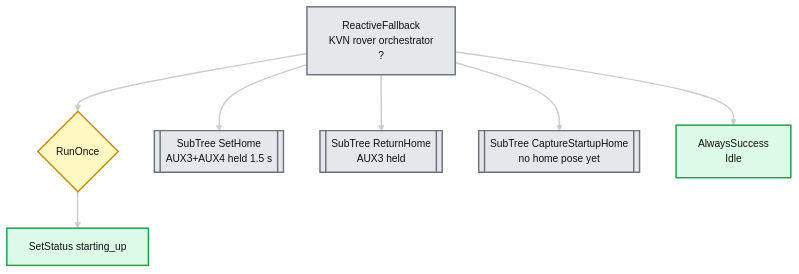
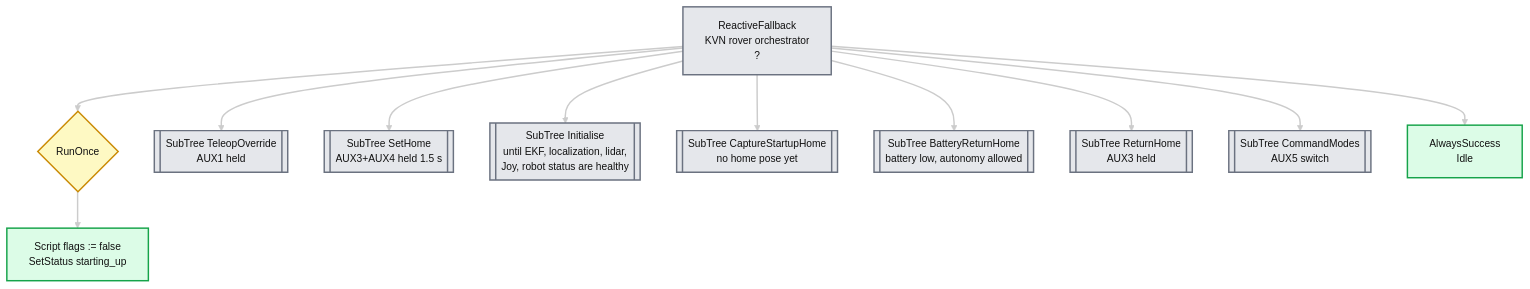
One commit to AlessioMorale/kvn-robot changed the second of 8 diagrams in kvn_orchestrator/README.md. Above: the diagram before and after it, drawn with Mermaid. The commit also changed other lines of this file and 60 other files, not shown here.

First line of the commit message:
feat: add command modes, teleop override, battery return home and shared robot config

````diff
--- a/kvn_orchestrator/README.md
+++ b/kvn_orchestrator/README.md
@@ -80,21 +108,25 @@
 ```mermaid
 ---
 config:
   theme: redux-dark
   look: classic
 ---
 flowchart TD
     root["ReactiveFallback<br/>KVN rover orchestrator<br/>?"]:::ctl
     root --> once{"RunOnce"}:::dec
-    once --> st0["SetStatus starting_up"]:::act
+    once --> st0["Script flags := false<br/>SetStatus starting_up"]:::act
+    root --> ovr[["SubTree TeleopOverride<br/>AUX1 held"]]:::ctl
     root --> sethome[["SubTree SetHome<br/>AUX3+AUX4 held 1.5 s"]]:::ctl
+    root --> init[["SubTree Initialise<br/>until EKF, localization, lidar,<br/>Joy, robot status are healthy"]]:::ctl
+    root --> startup[["SubTree CaptureStartupHome<br/>no home pose yet"]]:::ctl
+    root --> batt[["SubTree BatteryReturnHome<br/>battery low, autonomy allowed"]]:::ctl
     root --> ret[["SubTree ReturnHome<br/>AUX3 held"]]:::ctl
-    root --> startup[["SubTree CaptureStartupHome<br/>no home pose yet"]]:::ctl
+    root --> modes[["SubTree CommandModes<br/>AUX5 switch"]]:::ctl
     root --> idle["AlwaysSuccess<br/>Idle"]:::act
 
     classDef ctl fill:#e5e7eb,stroke:#6b7280,color:#111;
     classDef cond fill:#dbeafe,stroke:#2563eb,color:#111;
     classDef act fill:#dcfce7,stroke:#16a34a,color:#111;
     classDef nav fill:#ffedd5,stroke:#ea580c,color:#111;
     classDef dec fill:#fef9c3,stroke:#ca8a04,color:#111;
 ```
````
